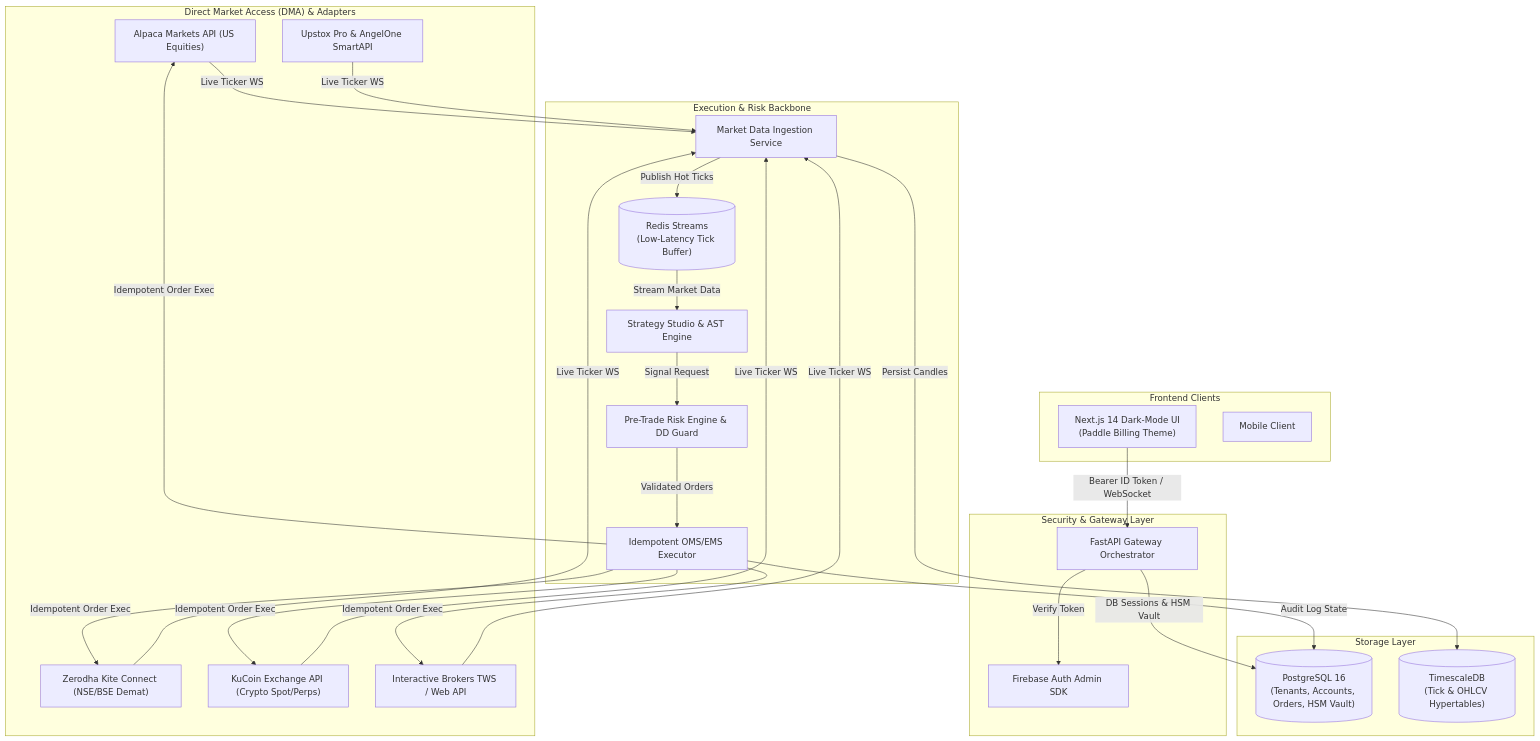
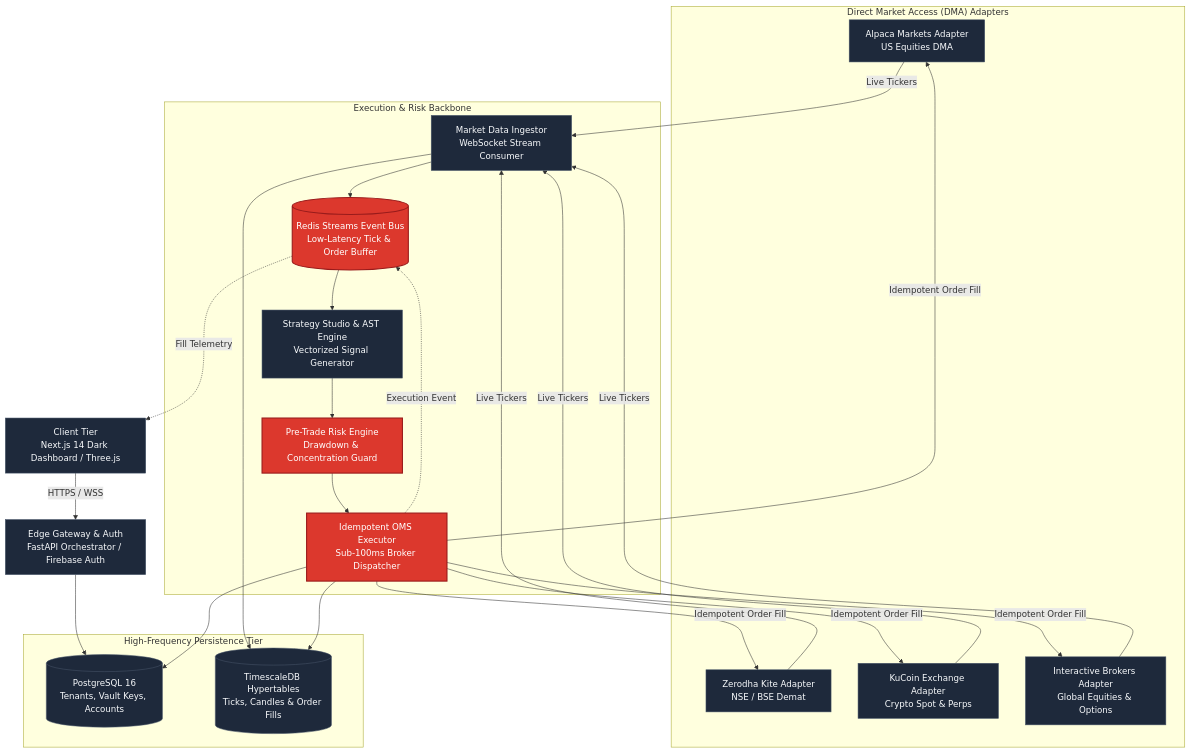
One commit to arnnnnaaavvvvv/SIRUS changed the first of 5 diagrams in README.md. Above: the diagram before and after it, drawn with Mermaid. The commit also changed other lines of this file, not shown here.

Commit message:
docs: overhaul README with architecture, raptor flowcharts and ER diagrams

````diff
--- a/README.md
+++ b/README.md
@@ -52,48 +278,45 @@
 ```mermaid
-flowchart TB
-    subgraph Clients["Frontend Clients"]
-        WebUI["Next.js 14 Dark-Mode UI\n(Paddle Billing Theme)"]
-        MobileApp["Mobile Client"]
+flowchart TD
+    classDef highlight fill:#DC382D,stroke:#991B1B,stroke-width:2px,color:#ffffff;
+    classDef standard fill:#1e293b,stroke:#475569,stroke-width:1px,color:#f8fafc;
+
+    CLIENT[Client Tier<br/>Next.js 14 Dark Dashboard / Three.js]:::standard
+    EDGE[Edge Gateway & Auth<br/>FastAPI Orchestrator / Firebase Auth]:::standard
+
+    subgraph BrokerAdapters["Direct Market Access (DMA) Adapters"]
+        ALPACA[Alpaca Markets Adapter<br/>US Equities DMA]:::standard
+        ZERODHA[Zerodha Kite Adapter<br/>NSE / BSE Demat]:::standard
+        KUCOIN[KuCoin Exchange Adapter<br/>Crypto Spot & Perps]:::standard
+        IBKR[Interactive Brokers Adapter<br/>Global Equities & Options]:::standard
     end
 
-    subgraph Edge["Security & Gateway Layer"]
-        FirebaseAuth["Firebase Auth Admin SDK"]
-        Gateway["FastAPI Gateway Orchestrator"]
+    subgraph ExecutionCore["Execution & Risk Backbone"]
+        REDIS_BUS[("Redis Streams Event Bus<br/>Low-Latency Tick & Order Buffer")]:::highlight
+        MARKET_INGEST[Market Data Ingestor<br/>WebSocket Stream Consumer]:::standard
+        STRATEGY_AST[Strategy Studio & AST Engine<br/>Vectorized Signal Generator]:::standard
+        RISK_ENGINE[Pre-Trade Risk Engine<br/>Drawdown & Concentration Guard]:::highlight
+        ORDER_EXEC[Idempotent OMS Executor<br/>Sub-100ms Broker Dispatcher]:::highlight
     end
 
-    subgraph Brokerage["Direct Market Access (DMA) & Adapters"]
-        Alpaca["Alpaca Markets API (US Equities)"]
-        Zerodha["Zerodha Kite Connect (NSE/BSE Demat)"]
-        KuCoin["KuCoin Exchange API (Crypto Spot/Perps)"]
-        IBKR["Interactive Brokers TWS / Web API"]
-        Upstox["Upstox Pro & AngelOne SmartAPI"]
+    subgraph Persistence["High-Frequency Persistence Tier"]
+        PG[(PostgreSQL 16<br/>Tenants, Vault Keys, Accounts)]:::standard
+        TIMESCALE[(TimescaleDB Hypertables<br/>Ticks, Candles & Order Fills)]:::standard
     end
 
-    subgraph Core["Execution & Risk Backbone"]
-        RedisBus[("Redis Streams\n(Low-Latency Tick Buffer)")]
-        IngestionWorker["Market Data Ingestion Service"]
-        StrategyEngine["Strategy Studio & AST Engine"]
-        RiskEngine["Pre-Trade Risk Engine & DD Guard"]
-        OrderExecutor["Idempotent OMS/EMS Executor"]
-    end
+    CLIENT -->|HTTPS / WSS| EDGE
+    EDGE --> PG
 
-    subgraph Persistence["Storage Layer"]
-        PostgreSQL[("PostgreSQL 16\n(Tenants, Accounts, Orders, HSM Vault)")]
-        TimescaleDB[("TimescaleDB\n(Tick & OHLCV Hypertables)")]
-    end
+    ALPACA & ZERODHA & KUCOIN & IBKR -->|Live Tickers| MARKET_INGEST
+    MARKET_INGEST --> REDIS_BUS
+    MARKET_INGEST --> TIMESCALE
 
-    WebUI -->|Bearer ID Token / WebSocket| Gateway
-    Gateway -->|Verify Token| FirebaseAuth
-    Gateway -->|DB Sessions & HSM Vault| PostgreSQL
+    REDIS_BUS --> STRATEGY_AST
+    STRATEGY_AST --> RISK_ENGINE
+    RISK_ENGINE --> ORDER_EXEC
 
-    Alpaca & Zerodha & KuCoin & IBKR & Upstox -->|Live Ticker WS| IngestionWorker
-    IngestionWorker -->|Publish Hot Ticks| RedisBus
-    IngestionWorker -->|Persist Candles| TimescaleDB
-
-    RedisBus -->|Stream Market Data| StrategyEngine
-    StrategyEngine -->|Signal Request| RiskEngine
-    RiskEngine -->|Validated Orders| OrderExecutor
-
-    OrderExecutor -->|Idempotent Order Exec| Alpaca & Zerodha & KuCoin & IBKR
-    OrderExecutor -->|Audit Log State| PostgreSQL
+    ORDER_EXEC -->|Idempotent Order Fill| ALPACA & ZERODHA & KUCOIN & IBKR
+    ORDER_EXEC --> PG
+    ORDER_EXEC --> TIMESCALE
+    ORDER_EXEC -.->|Execution Event| REDIS_BUS
+    REDIS_BUS -.->|Fill Telemetry| CLIENT
 ```
````
